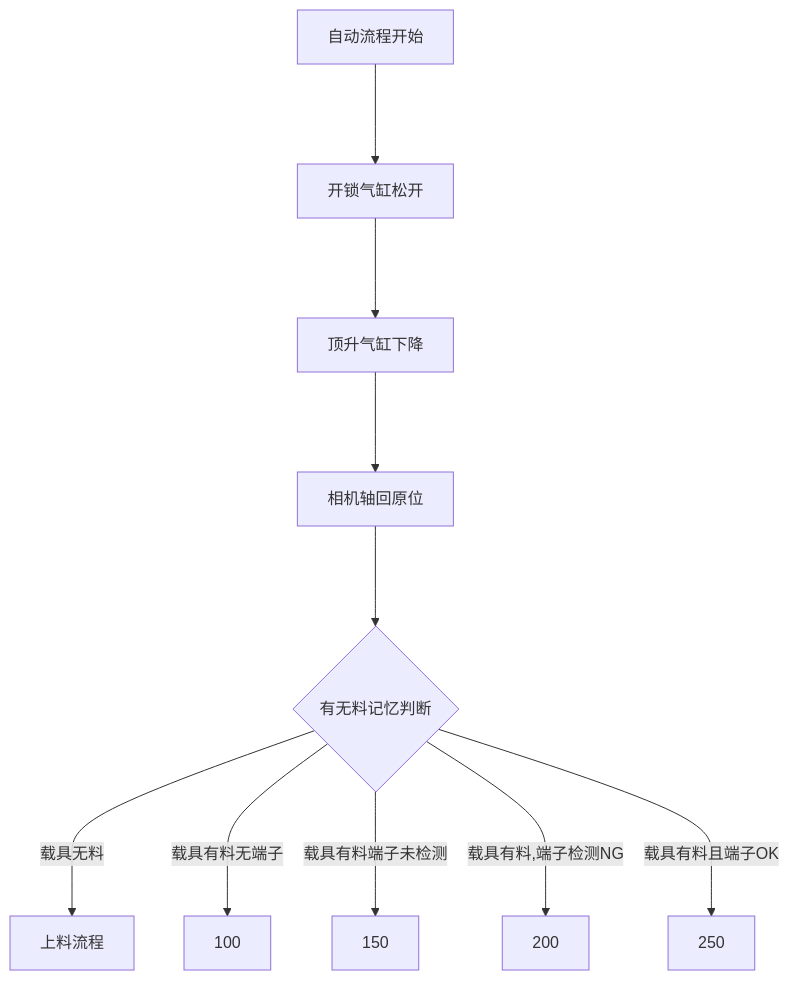
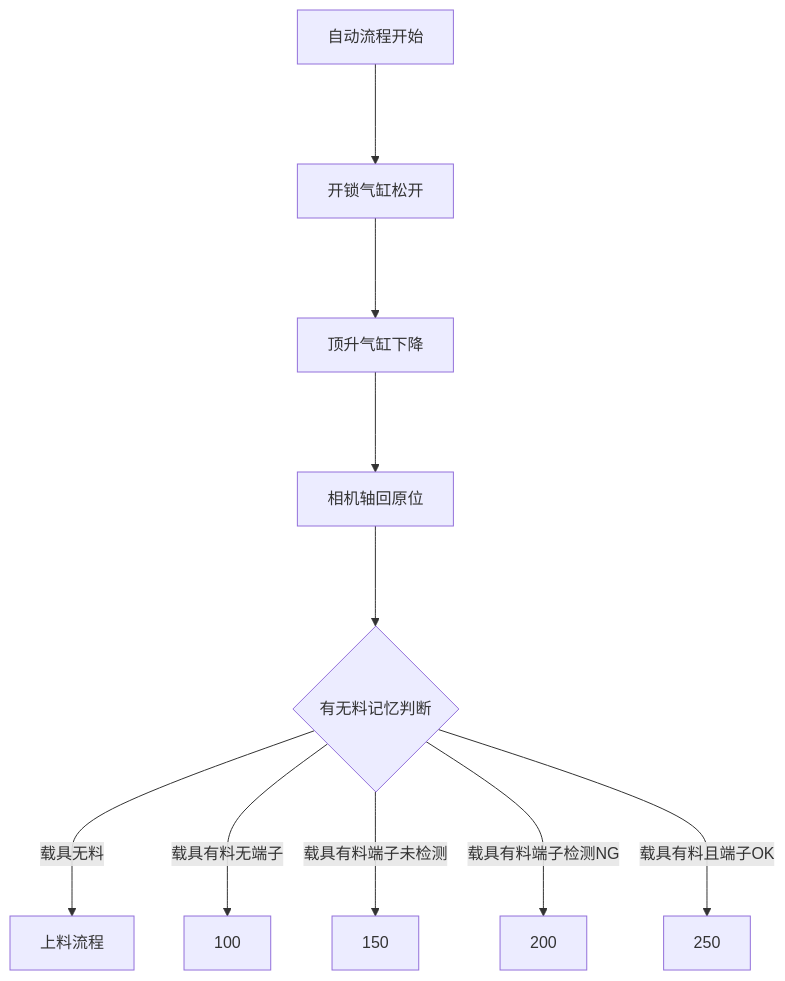
One commit to zmq000/iodraw-files changed the diagram in all/OP70工位4左端子上料.md. Above: the diagram before and after it, drawn with Mermaid.

Commit message:
2026-06-17 17:23:45 update

````diff
--- a/all/OP70工位4左端子上料.md
+++ b/all/OP70工位4左端子上料.md
@@ -1,14 +1,14 @@
 ```mermaid
 graph TD
 自动流程开始--->10
 10[开锁气缸松开]--->20
 20[顶升气缸下降]--->30
 30[相机轴回原位]--->40
 40{有无料记忆判断}--->|载具无料|50
 40--->|载具有料无端子|100
 40--->|载具有料端子未检测|150
-40--->|载具有料,端子检测NG|200
+40--->|载具有料端子检测NG|200
 40--->|载具有料且端子OK|250
 50[上料流程]
 
 ```
````
